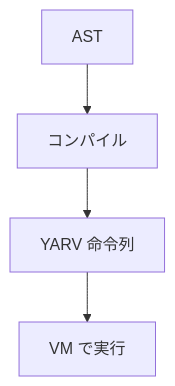
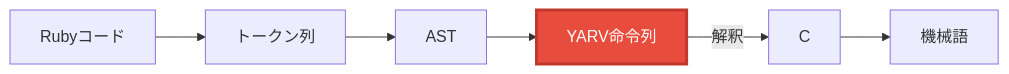
One commit to miyatis/slidev changed the third of 6 diagrams in presentations/ruby-compile/slides.md. Above: the diagram before and after it, drawn with Mermaid. The commit also changed other lines of this file, not shown here.

````diff
--- a/presentations/ruby-compile/slides.md
+++ b/presentations/ruby-compile/slides.md
@@ -87,6 +85,5 @@
 ```mermaid {scale: 0.7}
-flowchart TD
-    A["AST"] --> B["コンパイル"]
-    B --> C["YARV 命令列"]
-    C --> D["VM で実行"]
+flowchart LR
+    A["Rubyコード"] --> B["トークン列"] --> C["AST"] --> D["YARV命令列"] -->|解釈| F["C"] --> G["機械語"]
+    style D fill:#e74c3c,stroke:#c0392b,color:#fff,stroke-width:3px
 ```
````
